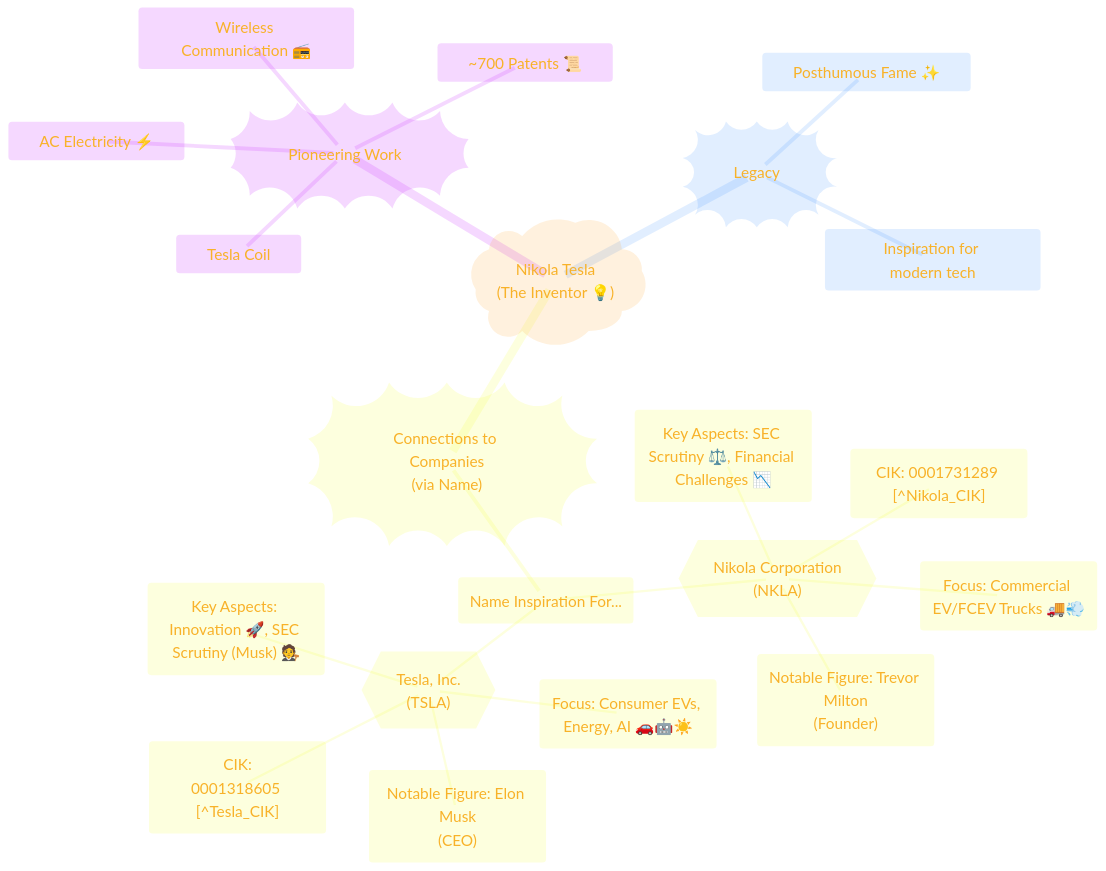
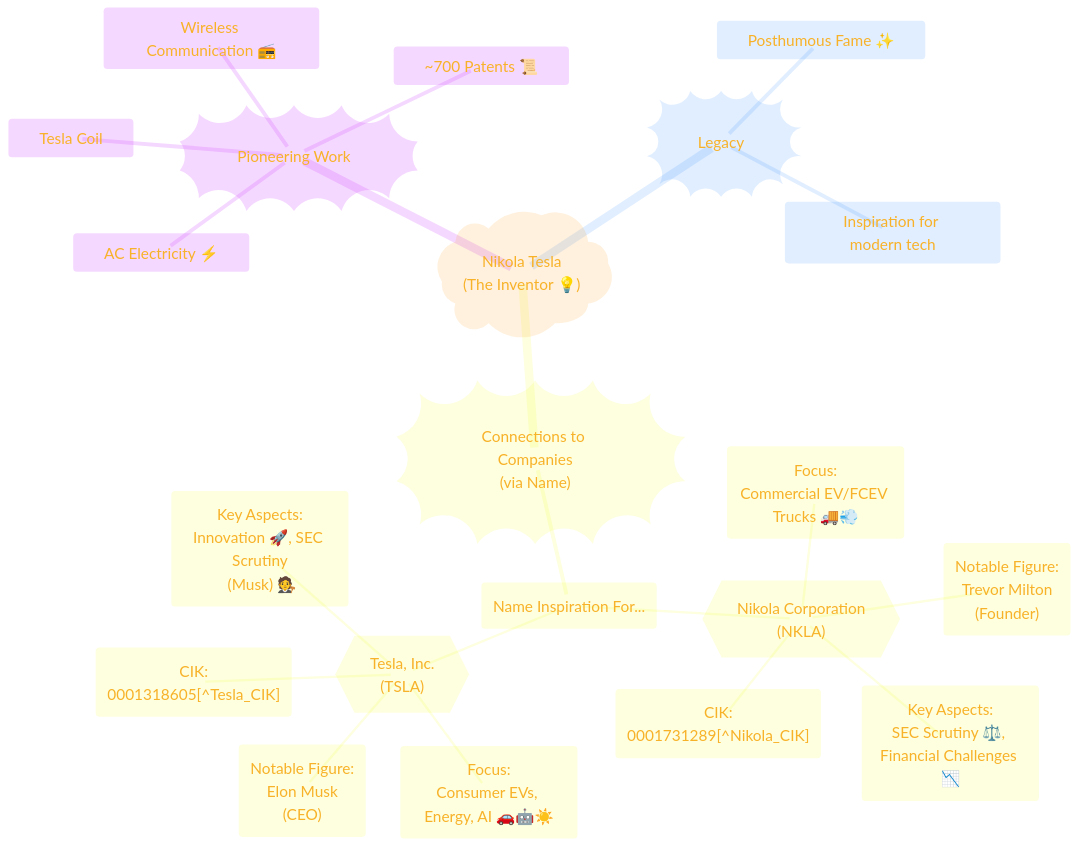
One commit to CongLeSolutionX/Nikola_Tesla changed the first of 5 diagrams in README.md. Above: the diagram before and after it, drawn with Mermaid. The commit also changed other lines of this file, not shown here.

````diff
--- a/README.md
+++ b/README.md
@@ -49,52 +49,52 @@
 ```mermaid
 ---
 title: "The 'Tesla' Name Universe"
 author: "Cong Le"
 version: "1.0"
 license(s): "MIT, CC BY 4.0"
 copyright: "Copyright (c) 2025 Cong Le. All Rights Reserved."
 config:
   theme: base
 ---
 %%%%%%%% Mermaid version v11.4.1-b.14
 %%{
   init: {
     'fontFamily': 'Andale Mono, monospace',
     'mindmap': {
 	    'nodeAlign': 'center',
 	    'padding': 20
     },
     'themeVariables': {
       'primaryColor': '#FC82',
       'primaryTextColor': '#F8B229',
       'primaryBorderColor': '#27AE60',
       'secondaryColor': '#EBF3',
       'secondaryTextColor': '#6C3483',
       'secondaryBorderColor': '#A569BD',
       'fontSize': '20px'
     }
   }
 }%%
 mindmap
   root)"Nikola Tesla <br/> (The Inventor 💡)"(
     Pioneering_Work))"Pioneering Work"((
       AC Electricity ⚡
       Tesla Coil
       Wireless Communication 📻
       ~700 Patents 📜
     Legacy))"Legacy"((
       Posthumous Fame ✨
       Inspiration for modern tech
     Connections_to_Companies))"Connections to Companies<br/>(via Name)"((
       Name_Inspiration_For("Name Inspiration For...")
         NKLA{{"Nikola Corporation<br/>(NKLA)"}}
-          Focus("Focus: Commercial EV/FCEV Trucks 🚚💨")
-          Notable_Figure("Notable Figure: Trevor Milton<br/>(Founder)")
-          Key_Aspects("Key Aspects: SEC Scrutiny ⚖️, Financial Challenges 📉")
-          CIK("CIK: 0001731289 [^Nikola_CIK]")
+          Focus("Focus:<br/>Commercial EV/FCEV Trucks 🚚💨")
+          Notable_Figure("Notable Figure:<br/>Trevor Milton<br/>(Founder)")
+          Key_Aspects("Key Aspects:<br/>SEC Scrutiny ⚖️, Financial Challenges 📉")
+          CIK("CIK:<br/>0001731289[^Nikola_CIK]")
         TSLA{{"Tesla, Inc. <br/>(TSLA)"}}
-          Focus("Focus: Consumer EVs, Energy, AI 🚗🤖☀️")
-          Notable_Figure("Notable Figure: Elon Musk<br/>(CEO)")
-          Key_Aspects("Key Aspects: Innovation 🚀, SEC Scrutiny (Musk) 🧑‍⚖️")
-          CIK("CIK:<br/>0001318605 [^Tesla_CIK]")
+          Focus("Focus:<br/>Consumer EVs, Energy, AI 🚗🤖☀️")
+          Notable_Figure("Notable Figure:<br/>Elon Musk<br/>(CEO)")
+          Key_Aspects("Key Aspects:<br/>Innovation 🚀, SEC Scrutiny<br/> (Musk) 🧑‍⚖️")
+          CIK("CIK:<br/>0001318605[^Tesla_CIK]")
 ```
````
